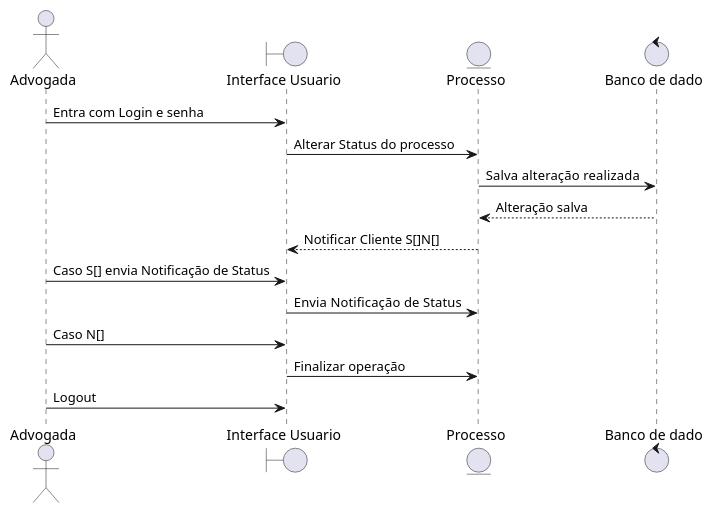
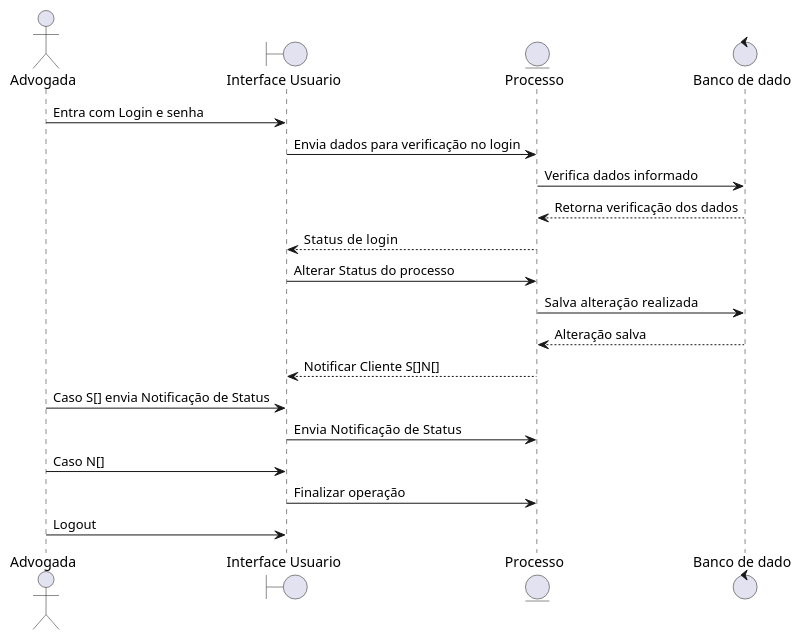
Before and after one commit to FernandaPalma/PI-Grupo-04: the diagram in Documentação/Sistema  Documentação/Diagramas/diagramaSequencia(Titular).plantuml, drawn with PlantUML. The commit also changed 4 other files, not shown here.

```diff
--- a/Documentação/Sistema  Documentação/Diagramas/diagramaSequencia(Titular).plantuml
+++ b/Documentação/Sistema  Documentação/Diagramas/diagramaSequencia(Titular).plantuml
@@ -1,23 +1,27 @@
 @startuml
  
 actor Advogada
 
 boundary "Interface Usuario" as IU
 entity "Processo" as SI
 control "Banco de dado" as BD
  
 Advogada -> IU : Entra com Login e senha
+IU -> SI : Envia dados para verificação no login
+SI -> BD : Verifica dados informado
+BD -->SI : Retorna verificação dos dados
+SI --> IU : Status  de login
 IU -> SI : Alterar Status do processo
 SI -> BD : Salva  alteração realizada
 BD -->SI : Alteração salva
 SI --> IU : Notificar Cliente S[]N[]
 Advogada -> IU : Caso S[] envia Notificação de Status
 IU -> SI : Envia  Notificação de Status
 Advogada -> IU : Caso N[] 
 IU -> SI : Finalizar operação
 Advogada -> IU : Logout 
 
 
 
  
 @enduml
```
